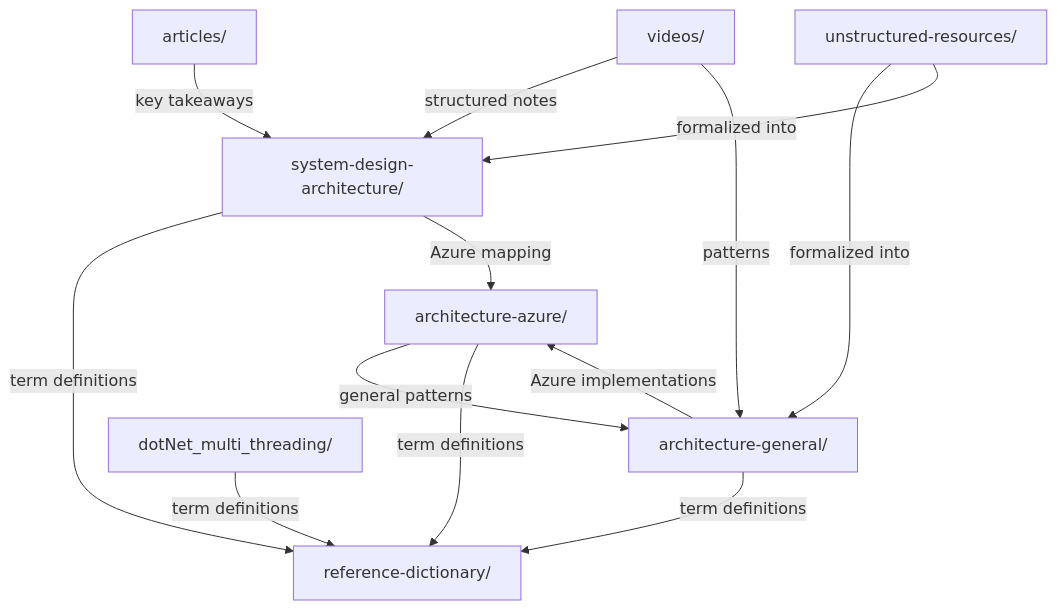
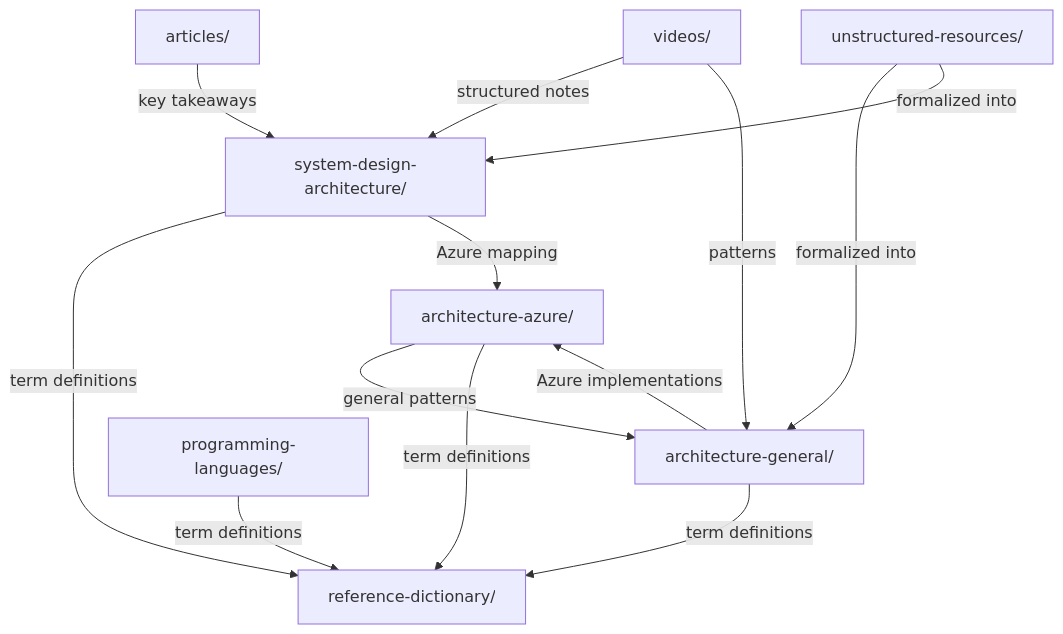
The diagram in .github/copilot-instructions.md (gurkanindibay/azure_learning), drawn with Mermaid before and after one commit. The commit also changed other lines of this file and 19 other files, not shown here.

Commit message:
Restructure repository: move .NET concurrency docs under programming-languages/csharp/ and update all cross-references

````diff
--- a/.github/copilot-instructions.md
+++ b/.github/copilot-instructions.md
@@ -144,15 +146,15 @@
 ```mermaid
 graph TD
     ARTICLES["articles/"] -->|"key takeaways"| SDA["system-design-architecture/"]
     VIDEOS["videos/"] -->|"structured notes"| SDA
     VIDEOS -->|"patterns"| AG["architecture-general/"]
     SDA -->|"term definitions"| RD["reference-dictionary/"]
     SDA -->|"Azure mapping"| AA["architecture-azure/"]
     AG -->|"term definitions"| RD
     AG -->|"Azure implementations"| AA
     AA -->|"general patterns"| AG
     AA -->|"term definitions"| RD
-    DOTNET["dotNet_multi_threading/"] -->|"term definitions"| RD
+    PL["programming-languages/"] -->|"term definitions"| RD
     UNSTRUC["unstructured-resources/"] -->|"formalized into"| AG
     UNSTRUC -->|"formalized into"| SDA
 ```
````
